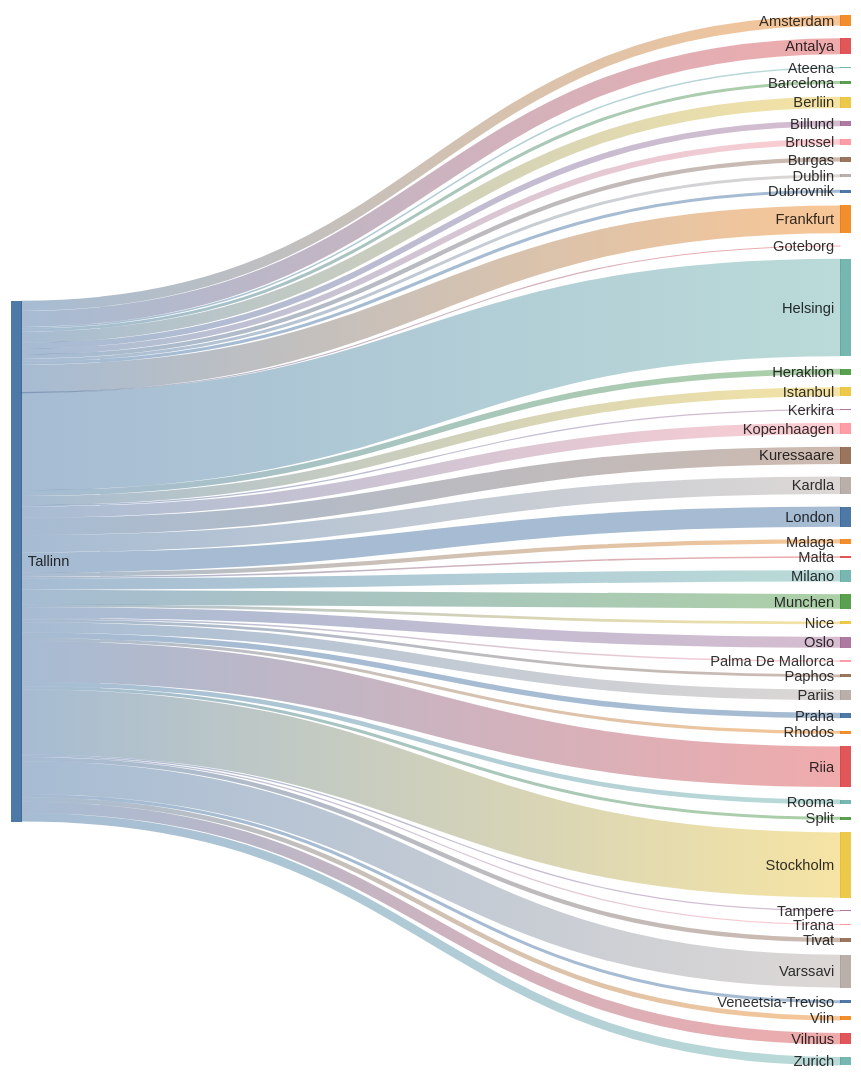
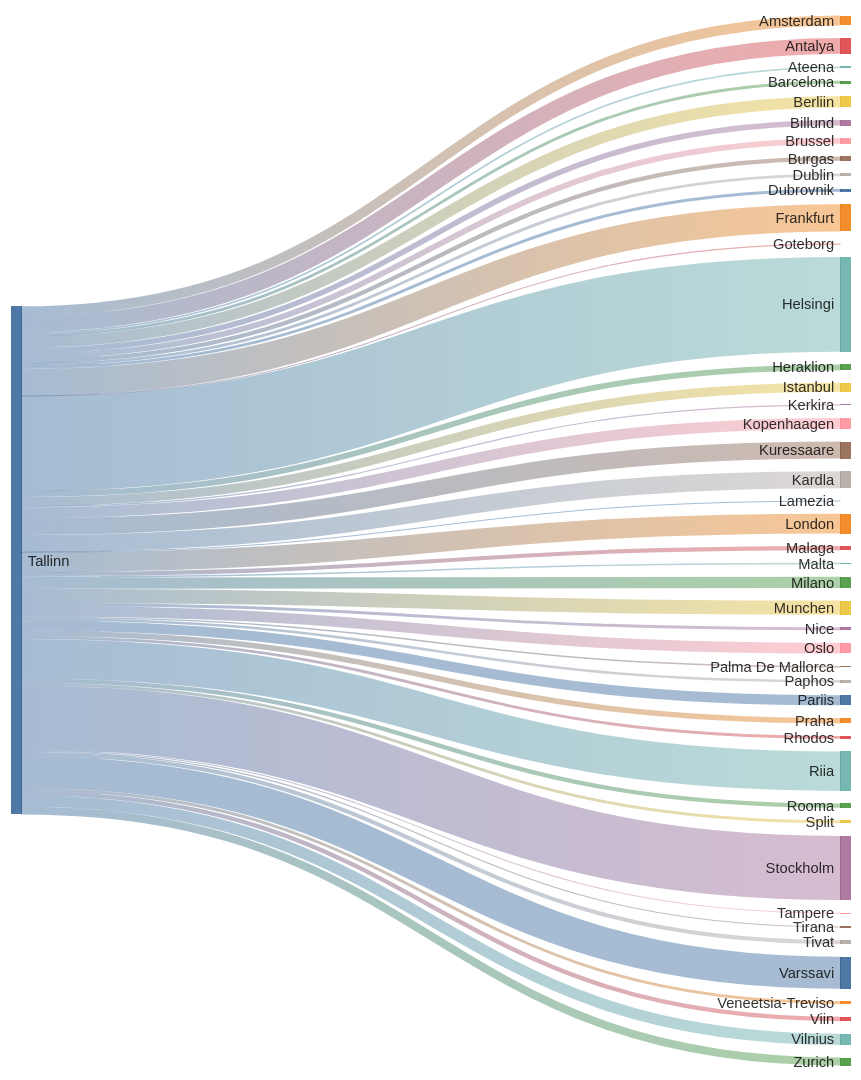
The second of 2 diagrams in README.md (rainermesi/tll-airport-departures), drawn with Mermaid before and after one commit. The commit also changed other lines of this file, not shown here.

````diff
--- a/README.md
+++ b/README.md
@@ -34,56 +34,57 @@
 ```mermaid
 ---
 config:
   sankey:
     showValues: false
     width: 800
     height: 1000
 ---
 sankey-beta
 %% source,target,value
-Tallinn,Amsterdam,33
-Tallinn,Antalya,53
-Tallinn,Ateena,5
+Tallinn,Amsterdam,34
+Tallinn,Antalya,55
+Tallinn,Ateena,6
 Tallinn,Barcelona,10
-Tallinn,Berliin,37
+Tallinn,Berliin,39
 Tallinn,Billund,19
-Tallinn,Brussel,19
-Tallinn,Burgas,14
+Tallinn,Brussel,20
+Tallinn,Burgas,15
 Tallinn,Dublin,10
 Tallinn,Dubrovnik,10
-Tallinn,Frankfurt,91
+Tallinn,Frankfurt,94
 Tallinn,Goteborg,1
-Tallinn,Helsingi,320
-Tallinn,Heraklion,19
-Tallinn,Istanbul,30
+Tallinn,Helsingi,330
+Tallinn,Heraklion,20
+Tallinn,Istanbul,31
 Tallinn,Kerkira,4
-Tallinn,Kopenhaagen,37
-Tallinn,Kuressaare,57
-Tallinn,Kardla,57
-Tallinn,London,66
+Tallinn,Kopenhaagen,38
+Tallinn,Kuressaare,59
+Tallinn,Kardla,59
+Tallinn,Lamezia,1
+Tallinn,London,69
 Tallinn,Malaga,14
 Tallinn,Malta,5
-Tallinn,Milano,37
-Tallinn,Munchen,48
-Tallinn,Nice,9
-Tallinn,Oslo,36
+Tallinn,Milano,39
+Tallinn,Munchen,49
+Tallinn,Nice,10
+Tallinn,Oslo,37
 Tallinn,Palma De Mallorca,5
 Tallinn,Paphos,9
-Tallinn,Pariis,34
-Tallinn,Praha,18
+Tallinn,Pariis,35
+Tallinn,Praha,19
 Tallinn,Rhodos,10
-Tallinn,Riia,133
+Tallinn,Riia,137
 Tallinn,Rooma,15
 Tallinn,Split,10
-Tallinn,Stockholm,214
+Tallinn,Stockholm,223
 Tallinn,Tampere,4
 Tallinn,Tirana,4
 Tallinn,Tivat,14
-Tallinn,Varssavi,108
+Tallinn,Varssavi,111
 Tallinn,Veneetsia-Treviso,10
 Tallinn,Viin,15
-Tallinn,Vilnius,37
+Tallinn,Vilnius,39
 Tallinn,Zurich,28
 
 
 ```
````
